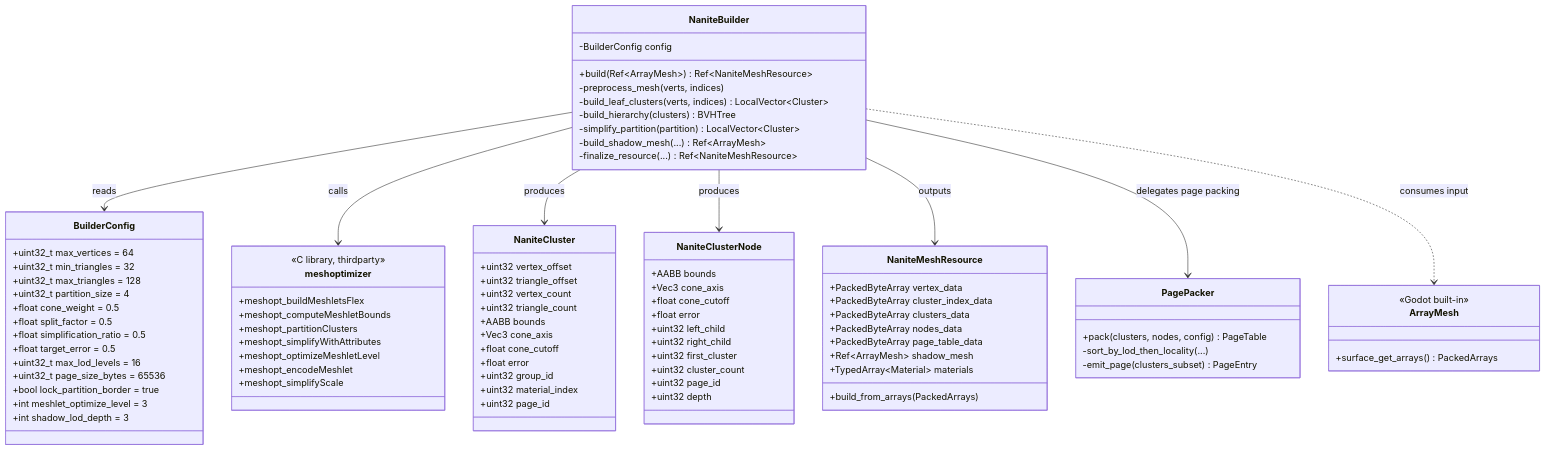
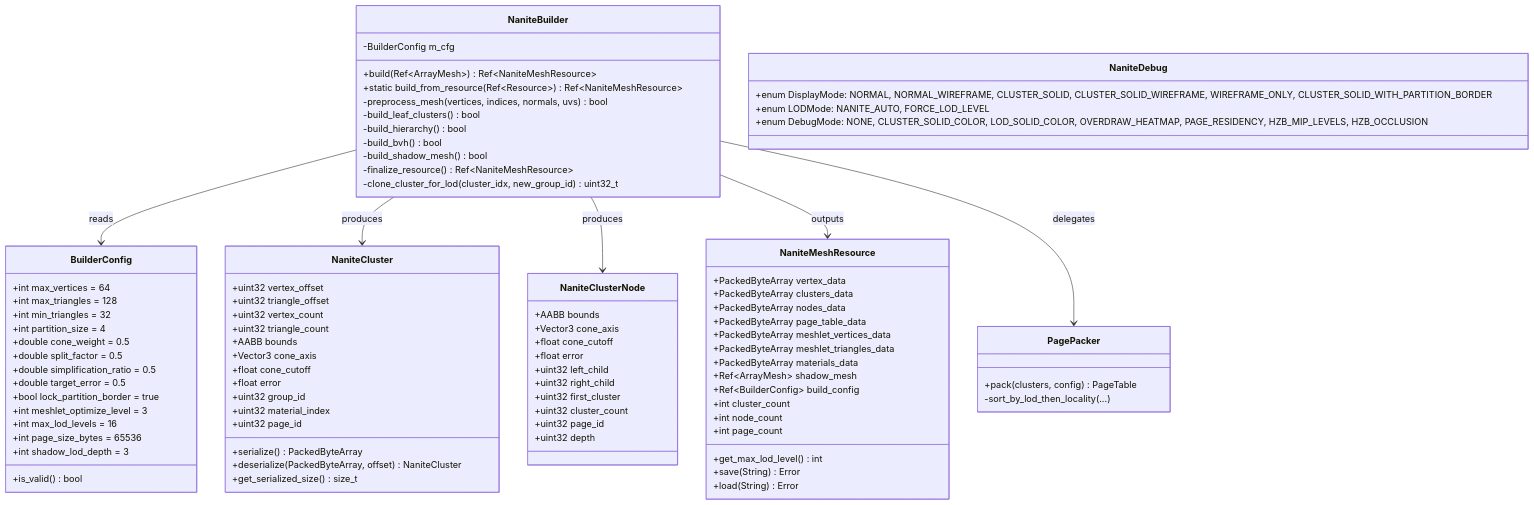
The eighth of 18 diagrams in nanite_doc/nanite-overall-design.md (alonecat06/godot), drawn with Mermaid before and after one commit. The commit also changed other lines of this file, not shown here.

First line of the commit message:
docs(nanite): 合并章节8+9为"阶段零：离线构建数据与预览"

````diff
--- a/nanite_doc/nanite-overall-design.md
+++ b/nanite_doc/nanite-overall-design.md
@@ -1007,90 +967,91 @@
 ```mermaid
 classDiagram
-    class ArrayMesh {
-        <<Godot built-in>>
-        +surface_get_arrays() PackedArrays
-    }
-    class meshoptimizer {
-        <<C library, thirdparty>>
-        +meshopt_buildMeshletsFlex
-        +meshopt_computeMeshletBounds
-        +meshopt_partitionClusters
-        +meshopt_simplifyWithAttributes
-        +meshopt_optimizeMeshletLevel
-        +meshopt_encodeMeshlet
-        +meshopt_simplifyScale
-    }
-    class NaniteBuilder {
-        -BuilderConfig config
-        +build(Ref~ArrayMesh~)  Ref~NaniteMeshResource~
-        -preprocess_mesh(verts, indices)
-        -build_leaf_clusters(verts, indices)  LocalVector~Cluster~
-        -build_hierarchy(clusters)  BVHTree
-        -simplify_partition(partition)  LocalVector~Cluster~
-        -build_shadow_mesh(...)  Ref~ArrayMesh~
-        -finalize_resource(...)  Ref~NaniteMeshResource~
-    }
     class BuilderConfig {
-        +uint32_t max_vertices = 64
-        +uint32_t min_triangles = 32
-        +uint32_t max_triangles = 128
-        +uint32_t partition_size = 4
-        +float    cone_weight = 0.5
-        +float    split_factor = 0.5
-        +float    simplification_ratio = 0.5
-        +float    target_error = 0.5
-        +uint32_t max_lod_levels = 16
-        +uint32_t page_size_bytes = 65536
-        +bool     lock_partition_border = true
-        +int      meshlet_optimize_level = 3
-        +int      shadow_lod_depth = 3
+        +int max_vertices = 64
+        +int max_triangles = 128
+        +int min_triangles = 32
+        +int partition_size = 4
+        +double cone_weight = 0.5
+        +double split_factor = 0.5
+        +double simplification_ratio = 0.5
+        +double target_error = 0.5
+        +bool lock_partition_border = true
+        +int meshlet_optimize_level = 3
+        +int max_lod_levels = 16
+        +int page_size_bytes = 65536
+        +int shadow_lod_depth = 3
+        +is_valid() bool
     }
     class NaniteCluster {
         +uint32 vertex_offset
         +uint32 triangle_offset
         +uint32 vertex_count
         +uint32 triangle_count
-        +AABB    bounds
-        +Vec3    cone_axis
-        +float   cone_cutoff
-        +float   error
-        +uint32  group_id
-        +uint32  material_index
-        +uint32  page_id
+        +AABB bounds
+        +Vector3 cone_axis
+        +float cone_cutoff
+        +float error
+        +uint32 group_id
+        +uint32 material_index
+        +uint32 page_id
+        +serialize() PackedByteArray
+        +deserialize(PackedByteArray, offset) NaniteCluster
+        +get_serialized_size() size_t
     }
     class NaniteClusterNode {
-        +AABB    bounds
-        +Vec3    cone_axis
-        +float   cone_cutoff
-        +float   error
-        +uint32  left_child
-        +uint32  right_child
-        +uint32  first_cluster
-        +uint32  cluster_count
-        +uint32  page_id
-        +uint32  depth
+        +AABB bounds
+        +Vector3 cone_axis
+        +float cone_cutoff
+        +float error
+        +uint32 left_child
+        +uint32 right_child
+        +uint32 first_cluster
+        +uint32 cluster_count
+        +uint32 page_id
+        +uint32 depth
     }
     class NaniteMeshResource {
         +PackedByteArray vertex_data
-        +PackedByteArray cluster_index_data
         +PackedByteArray clusters_data
         +PackedByteArray nodes_data
         +PackedByteArray page_table_data
+        +PackedByteArray meshlet_vertices_data
+        +PackedByteArray meshlet_triangles_data
+        +PackedByteArray materials_data
         +Ref~ArrayMesh~ shadow_mesh
-        +TypedArray~Material~ materials
-        +build_from_arrays(PackedArrays)
+        +Ref~BuilderConfig~ build_config
+        +int cluster_count
+        +int node_count
+        +int page_count
+        +get_max_lod_level() int
+        +save(String) Error
+        +load(String) Error
+    }
+    class NaniteBuilder {
+        +build(Ref~ArrayMesh~) Ref~NaniteMeshResource~
+        +static build_from_resource(Ref~Resource~) Ref~NaniteMeshResource~
+        -preprocess_mesh(vertices, indices, normals, uvs) bool
+        -build_leaf_clusters() bool
+        -build_hierarchy() bool
+        -build_bvh() bool
+        -build_shadow_mesh() bool
+        -finalize_resource() Ref~NaniteMeshResource~
+        -clone_cluster_for_lod(cluster_idx, new_group_id) uint32_t
+        -BuilderConfig m_cfg
     }
     class PagePacker {
-        +pack(clusters, nodes, config)  PageTable
+        +pack(clusters, config) PageTable
         -sort_by_lod_then_locality(...)
-        -emit_page(clusters_subset)  PageEntry
+    }
+    class NaniteDebug {
+        +enum DisplayMode: NORMAL, NORMAL_WIREFRAME, CLUSTER_SOLID, CLUSTER_SOLID_WIREFRAME, WIREFRAME_ONLY, CLUSTER_SOLID_WITH_PARTITION_BORDER
+        +enum LODMode: NANITE_AUTO, FORCE_LOD_LEVEL
+        +enum DebugMode: NONE, CLUSTER_SOLID_COLOR, LOD_SOLID_COLOR, OVERDRAW_HEATMAP, PAGE_RESIDENCY, HZB_MIP_LEVELS, HZB_OCCLUSION
     }
 
     NaniteBuilder --> BuilderConfig : reads
-    NaniteBuilder --> meshoptimizer : calls
     NaniteBuilder --> NaniteCluster : produces
     NaniteBuilder --> NaniteClusterNode : produces
     NaniteBuilder --> NaniteMeshResource : outputs
-    NaniteBuilder --> PagePacker : delegates page packing
-    NaniteBuilder ..> ArrayMesh : consumes input
+    NaniteBuilder --> PagePacker : delegates
 ```
````
